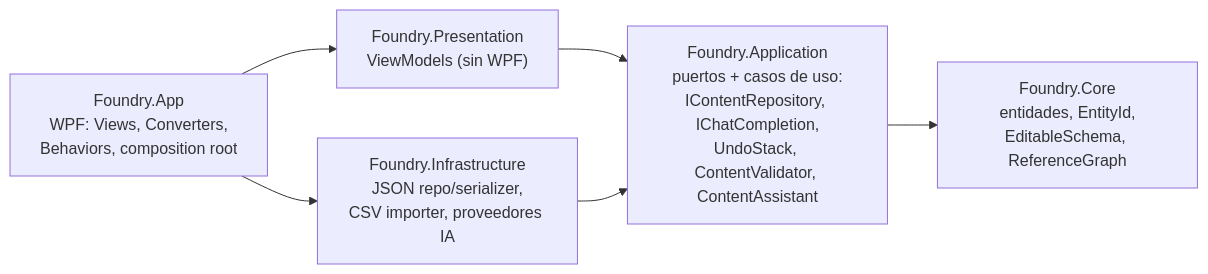
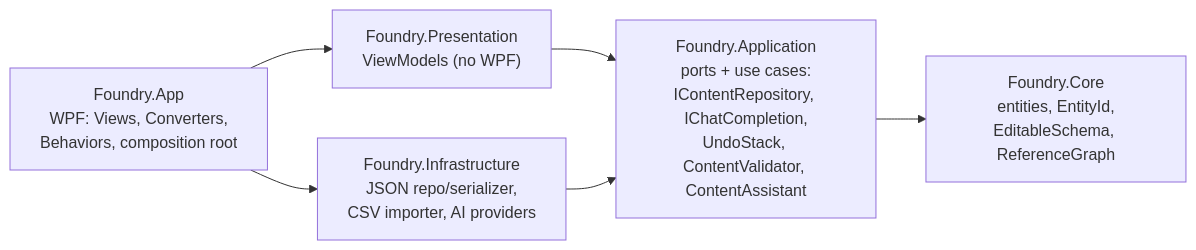
Before and after one commit to JM7Lacal/foundry: the diagram in README.md, drawn with Mermaid. The commit also changed other lines of this file, not shown here.

````diff
--- a/README.md
+++ b/README.md
@@ -77,14 +82,14 @@
 ```mermaid
 flowchart LR
     App["Foundry.App<br/>WPF: Views, Converters,<br/>Behaviors, composition root"]
-    Pres["Foundry.Presentation<br/>ViewModels (sin WPF)"]
-    Infra["Foundry.Infrastructure<br/>JSON repo/serializer,<br/>CSV importer, proveedores IA"]
-    Appl["Foundry.Application<br/>puertos + casos de uso:<br/>IContentRepository, IChatCompletion,<br/>UndoStack, ContentValidator, ContentAssistant"]
-    Core["Foundry.Core<br/>entidades, EntityId,<br/>EditableSchema, ReferenceGraph"]
+    Pres["Foundry.Presentation<br/>ViewModels (no WPF)"]
+    Infra["Foundry.Infrastructure<br/>JSON repo/serializer,<br/>CSV importer, AI providers"]
+    Appl["Foundry.Application<br/>ports + use cases:<br/>IContentRepository, IChatCompletion,<br/>UndoStack, ContentValidator, ContentAssistant"]
+    Core["Foundry.Core<br/>entities, EntityId,<br/>EditableSchema, ReferenceGraph"]
 
     App --> Pres
     App --> Infra
     Pres --> Appl
     Infra --> Appl
     Appl --> Core
 ```
````
